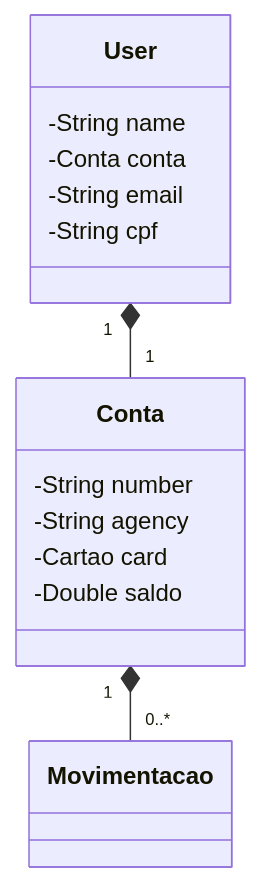
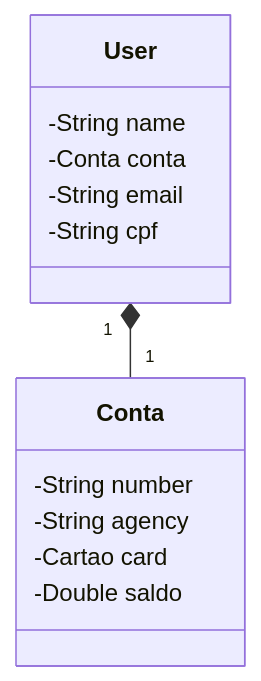
One commit to hellyaxs/SNTI-projeto-UABJ changed the diagram in README.md. Above: the diagram before and after it, drawn with Mermaid. The commit also changed 9 other files, not shown here.

````diff
--- a/README.md
+++ b/README.md
@@ -17,20 +17,19 @@
 ```mermaid
 classDiagram
   class User {
     -String name
     -Conta conta
     -String email
     -String cpf
   }
 
   class Conta {
     -String number
     -String agency
     -Cartao card
     -Double saldo
   }
   
  
   User "1" *-- "1" Conta
-  Conta "1" *-- "0..*" Movimentacao
 ```
````
